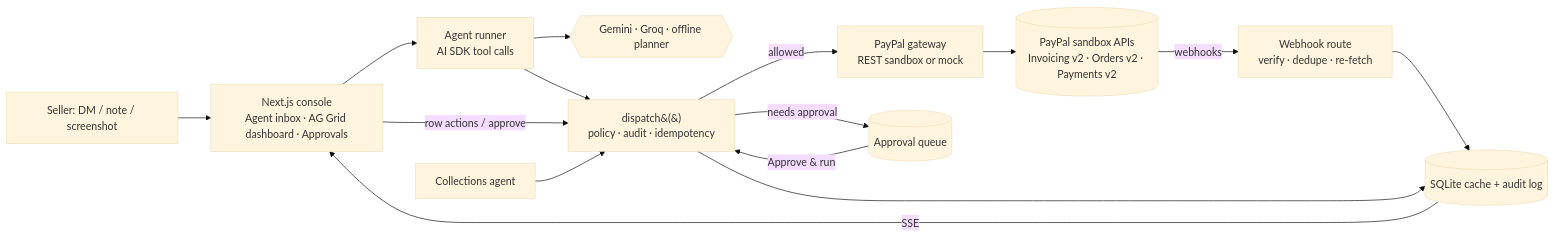
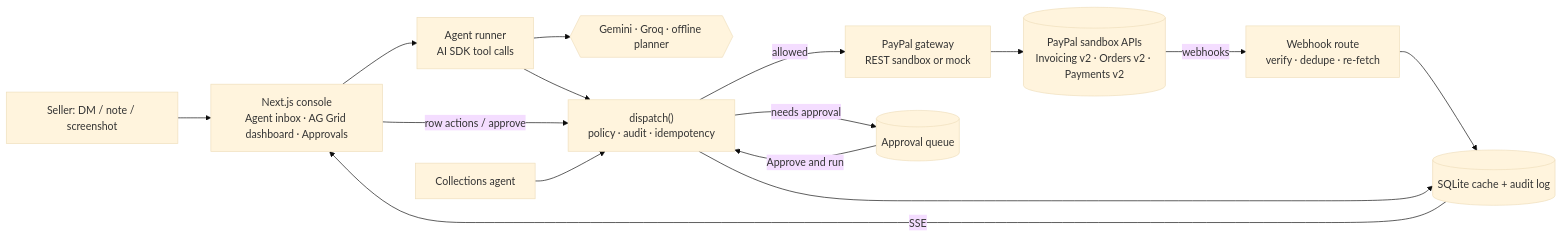
The diagram in README.md (predestinator/sellerpilot), drawn with Mermaid (base theme) before and after one commit.

Commit message:
README: quote mermaid labels

````diff
--- a/README.md
+++ b/README.md
@@ -71,17 +71,17 @@
 ```mermaid
 flowchart LR
-  S[Seller: DM / note / screenshot] --> UI[Next.js console<br/>Agent inbox · AG Grid dashboard · Approvals]
-  UI --> AG[Agent runner<br/>AI SDK tool calls]
-  AG --> LLM{{Gemini · Groq · offline planner}}
-  AG --> D[dispatch&#40;&#41;<br/>policy · audit · idempotency]
-  UI -- row actions / approve --> D
-  C[Collections agent] --> D
-  D -- allowed --> PP[PayPal gateway<br/>REST sandbox or mock]
-  D -- needs approval --> Q[(Approval queue)]
-  Q -- Approve & run --> D
-  PP --> API[(PayPal sandbox APIs<br/>Invoicing v2 · Orders v2 · Payments v2)]
-  API -- webhooks --> W[Webhook route<br/>verify · dedupe · re-fetch]
-  W --> DB[(SQLite cache + audit log)]
+  S["Seller: DM / note / screenshot"] --> UI["Next.js console<br/>Agent inbox · AG Grid dashboard · Approvals"]
+  UI --> AG["Agent runner<br/>AI SDK tool calls"]
+  AG --> LLM{{"Gemini · Groq · offline planner"}}
+  AG --> D["dispatch()<br/>policy · audit · idempotency"]
+  UI -- "row actions / approve" --> D
+  C["Collections agent"] --> D
+  D -- "allowed" --> PP["PayPal gateway<br/>REST sandbox or mock"]
+  D -- "needs approval" --> Q[("Approval queue")]
+  Q -- "Approve and run" --> D
+  PP --> API[("PayPal sandbox APIs<br/>Invoicing v2 · Orders v2 · Payments v2")]
+  API -- "webhooks" --> W["Webhook route<br/>verify · dedupe · re-fetch"]
+  W --> DB[("SQLite cache + audit log")]
   D --> DB
-  DB -- SSE --> UI
+  DB -- "SSE" --> UI
 ```
````
